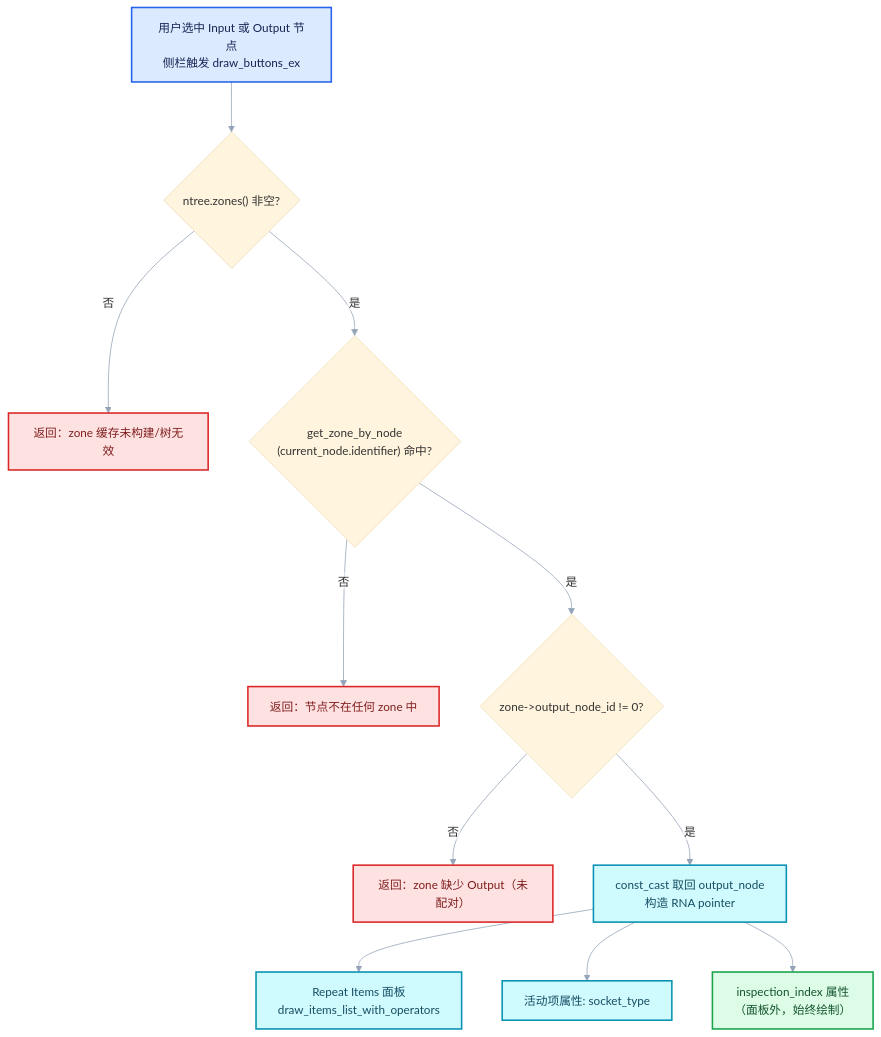
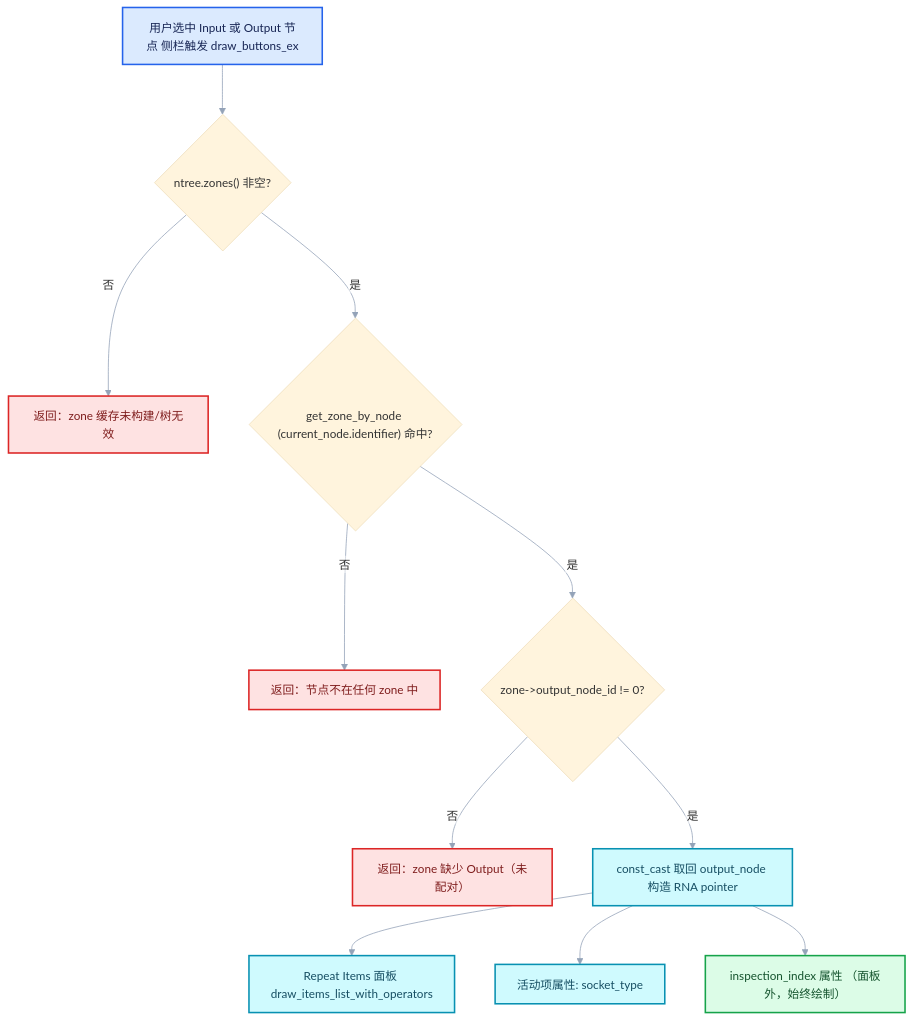
The second of 4 diagrams in 杂/markdown/重复区域-dsh/02-Repeat区域数据模型/01-Repeat节点注册与UI.md (yunkezengren/blender-.vscode), drawn with Mermaid before and after one commit. The commit also changed other lines of this file and 27 other files, not shown here.

````diff
--- a/杂/markdown/重复区域-dsh/02-Repeat区域数据模型/01-Repeat节点注册与UI.md
+++ b/杂/markdown/重复区域-dsh/02-Repeat区域数据模型/01-Repeat节点注册与UI.md
@@ -214,23 +205,23 @@
 ```mermaid
 %%{init: {"theme":"base","themeVariables":{"fontFamily":"\"Segoe UI\",\"Microsoft YaHei\",sans-serif","fontSize":"15px","lineColor":"#94A3B8","edgeLabelBackground":"#FFFFFF","clusterBkg":"#F8FAFC","clusterBorder":"#CBD5E1"},"flowchart":{"htmlLabels":false,"curve":"basis","nodeSpacing":52,"rankSpacing":64,"padding":14,"diagramPadding":16,"useMaxWidth":true},"sequence":{"useMaxWidth":true,"wrap":true,"mirrorActors":false,"messageMargin":36}}}%%
 flowchart TD
-    A["用户选中 Input 或 Output 节点<br/>侧栏触发 draw_buttons_ex"] --> B{"ntree.zones() 非空?"}
+    A["用户选中 Input 或 Output 节点 侧栏触发 draw_buttons_ex"] --> B{"ntree.zones() 非空?"}
     B -->|否| X1["返回：zone 缓存未构建/树无效"]
-    B -->|是| C{"get_zone_by_node<br/>(current_node.identifier) 命中?"}
+    B -->|是| C{"get_zone_by_node (current_node.identifier) 命中?"}
     C -->|否| X2["返回：节点不在任何 zone 中"]
     C -->|是| D{"zone->output_node_id != 0?"}
     D -->|否| X3["返回：zone 缺少 Output（未配对）"]
-    D -->|是| E["const_cast 取回 output_node<br/>构造 RNA pointer"]
-    E --> F["Repeat Items 面板<br/>draw_items_list_with_operators"]
+    D -->|是| E["const_cast 取回 output_node 构造 RNA pointer"]
+    E --> F["Repeat Items 面板 draw_items_list_with_operators"]
     E --> G["活动项属性: socket_type"]
-    E --> H["inspection_index 属性<br/>（面板外，始终绘制）"]
+    E --> H["inspection_index 属性 （面板外，始终绘制）"]
     classDef input fill:#DBEAFE,stroke:#2563EB,color:#172554,stroke-width:2px;
     classDef data fill:#CFFAFE,stroke:#0891B2,color:#164E63,stroke-width:2px;
     classDef compute fill:#FEF3C7,stroke:#D97706,color:#78350F,stroke-width:2px;
     classDef result fill:#DCFCE7,stroke:#16A34A,color:#14532D,stroke-width:2px;
     classDef error fill:#FEE2E2,stroke:#DC2626,color:#7F1D1D,stroke-width:2px;
     class A input;
     class E,F,G data;
     class H result;
     class X1,X2,X3 error;
 ```
````
